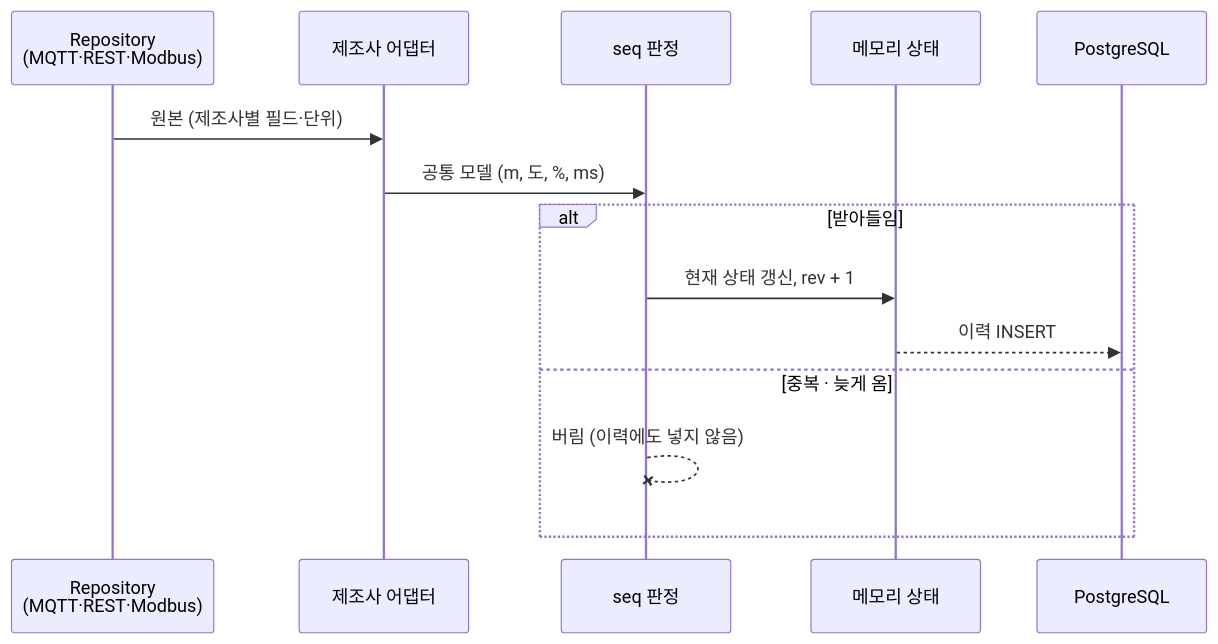
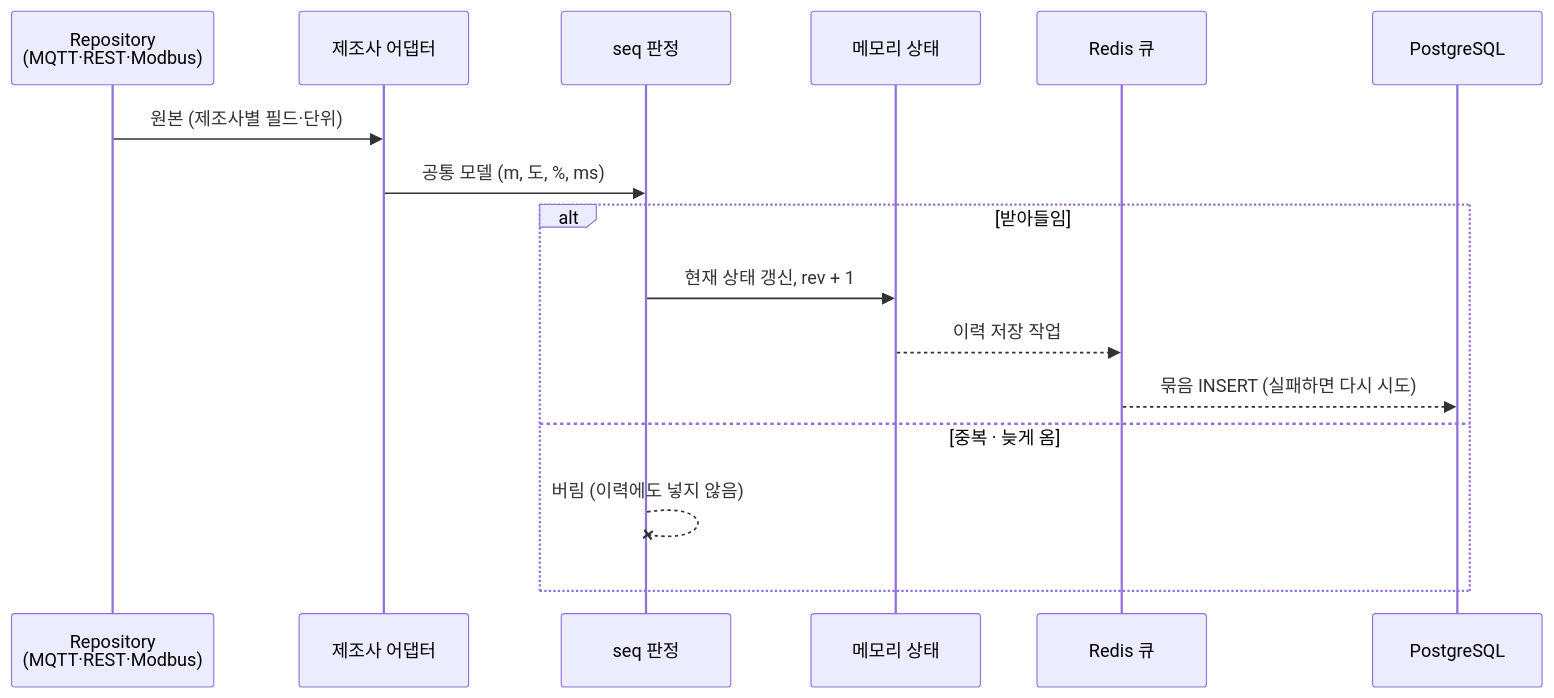
Before and after one commit to dksalsgus/agv-amr-control-middleware: the third of 6 diagrams in README.md, drawn with Mermaid. The commit also changed other lines of this file and 2 other files, not shown here.

First line of the commit message:
docs: Redis 이력 저장 큐를 compose와 문서에 반영

````diff
--- a/README.md
+++ b/README.md
@@ -171,16 +174,18 @@
 ```mermaid
 sequenceDiagram
   participant R as Repository<br/>(MQTT·REST·Modbus)
   participant AD as 제조사 어댑터
   participant SQ as seq 판정
   participant M as 메모리 상태
+  participant Q as Redis 큐
   participant DB as PostgreSQL
   R->>AD: 원본 (제조사별 필드·단위)
   AD->>SQ: 공통 모델 (m, 도, %, ms)
   alt 받아들임
     SQ->>M: 현재 상태 갱신, rev + 1
-    M-->>DB: 이력 INSERT
+    M-->>Q: 이력 저장 작업
+    Q-->>DB: 묶음 INSERT (실패하면 다시 시도)
   else 중복 · 늦게 옴
     SQ--xSQ: 버림 (이력에도 넣지 않음)
   end
 ```
````
